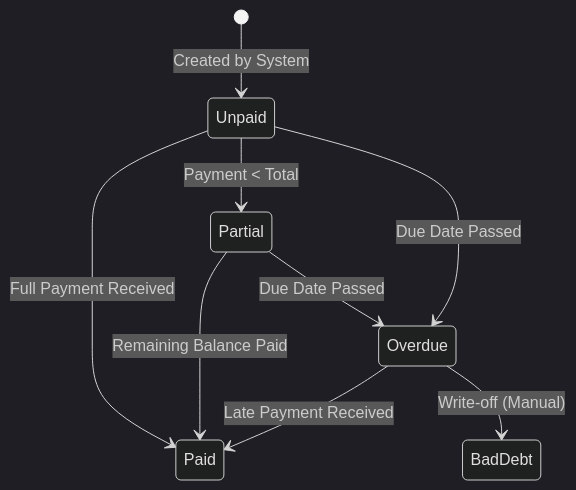
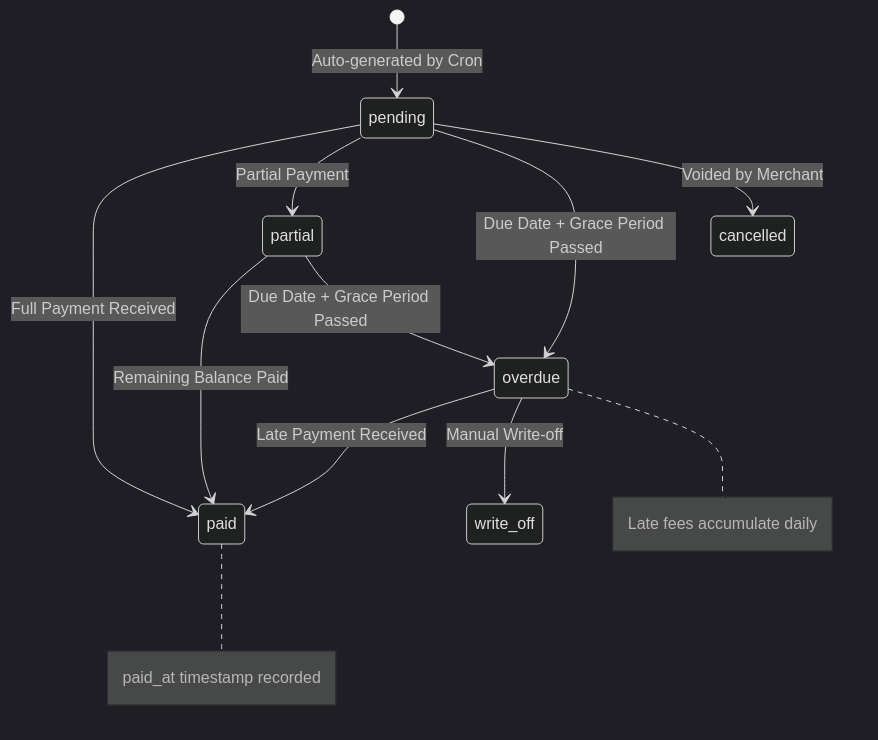
One commit to itsramaa/Sistem-Hunian changed the eighth of 24 diagrams in docs/business-process.md. Above: the diagram before and after it, drawn with Mermaid (dark theme). The commit also changed other lines of this file, not shown here.

````diff
--- a/docs/business-process.md
+++ b/docs/business-process.md
@@ -245,14 +382,19 @@
 ```mermaid
 stateDiagram-v2
-    [*] --> Unpaid: Created by System
+    [*] --> pending: Auto-generated by Cron
     
-    Unpaid --> Paid: Full Payment Received
-    Unpaid --> Partial: Payment < Total
-    Partial --> Paid: Remaining Balance Paid
+    pending --> paid: Full Payment Received
+    pending --> partial: Partial Payment
+    pending --> overdue: Due Date + Grace Period Passed
     
-    Unpaid --> Overdue: Due Date Passed
-    Partial --> Overdue: Due Date Passed
+    partial --> paid: Remaining Balance Paid
+    partial --> overdue: Due Date + Grace Period Passed
     
-    Overdue --> Paid: Late Payment Received
-    Overdue --> BadDebt: Write-off (Manual)
+    overdue --> paid: Late Payment Received
+    overdue --> write_off: Manual Write-off
+    
+    pending --> cancelled: Voided by Merchant
+    
+    Note right of overdue: Late fees accumulate daily
+    Note right of paid: paid_at timestamp recorded
 ```
````
